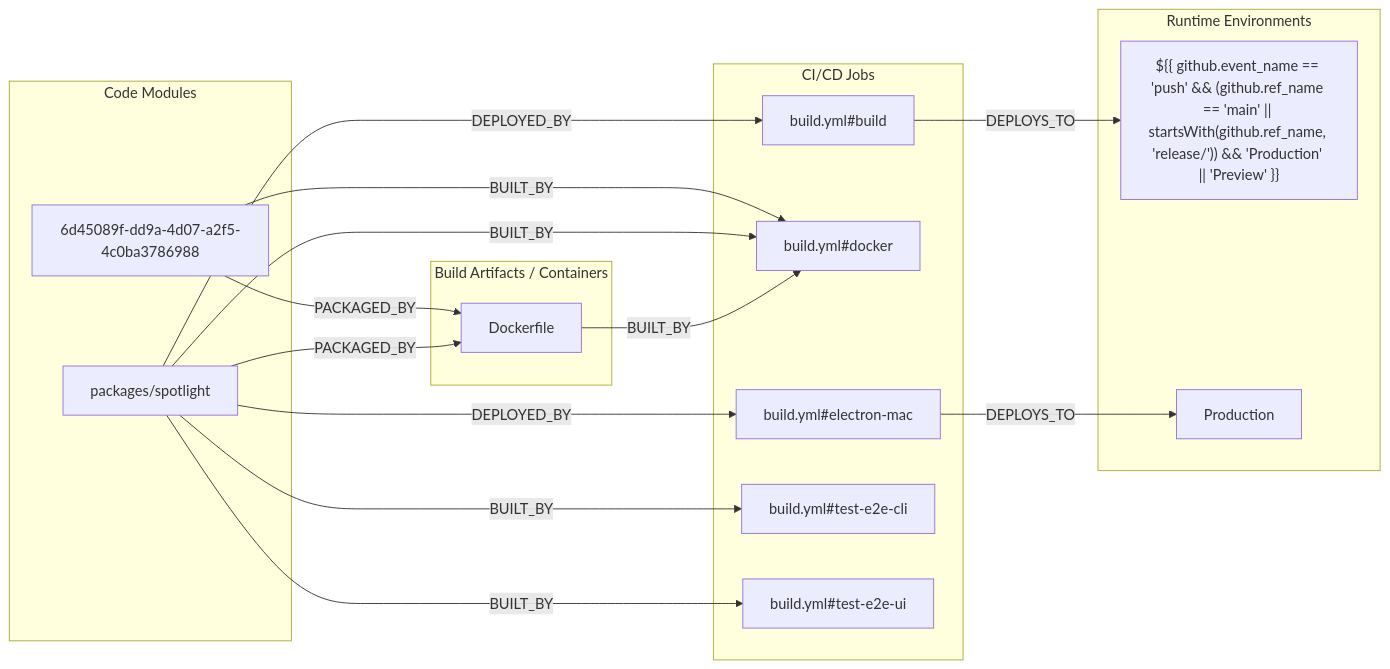
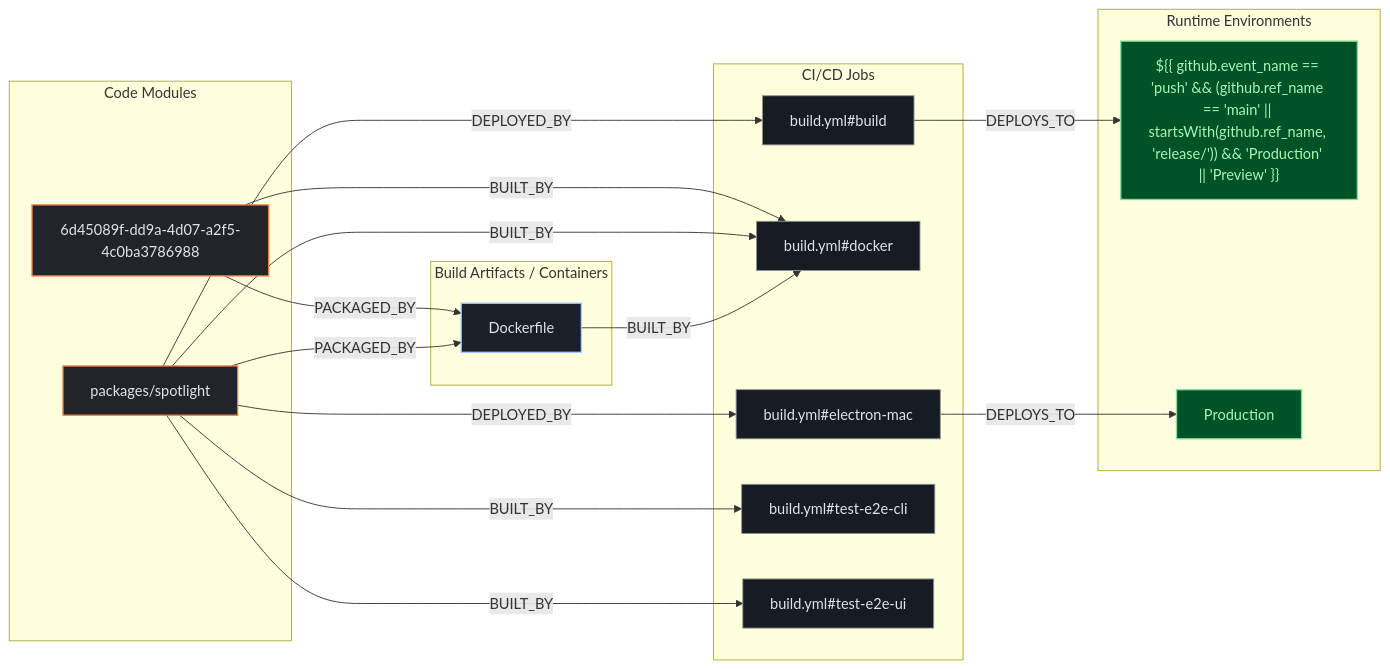
One commit to kumarshaz/atruss-code-atlas changed the second of 3 diagrams in exports/latest/reports/getsentry-spotlight-report.md. Above: the diagram before and after it, drawn with Mermaid. The commit also changed other lines of this file and 331 other files, not shown here.

Commit message:
docs,ui,fix: update SDLC docs, reorder CI/CD DAG first, stylize Mermaid, and fix Arc42 pipeline topology

````diff
--- a/exports/latest/reports/getsentry-spotlight-report.md
+++ b/exports/latest/reports/getsentry-spotlight-report.md
@@ -194,32 +201,36 @@
 ```mermaid
 flowchart LR
+    classDef atlasCategory fill:#212428,stroke:#E87A48,stroke-width:1.5px,color:#dfe3eb
+    classDef atlasWorkflow fill:#1b2026,stroke:#a3c9ff,stroke-width:1.5px,color:#dfe3eb
+    classDef atlasJob fill:#171c22,stroke:#8d9199,stroke-width:1px,color:#dfe3eb
+    classDef atlasTarget fill:#005227,stroke:#8bd99b,stroke-width:1.5px,color:#a7f6b6
     subgraph code_modules["Code Modules"]
-        mod_6d45089f_dd9a_4d07_a2f5_4c0ba3786988["6d45089f-dd9a-4d07-a2f5-4c0ba3786988"]
-        mod_packages_spotlight["packages/spotlight"]
+        mod_6d45089f_dd9a_4d07_a2f5_4c0ba3786988["6d45089f-dd9a-4d07-a2f5-4c0ba3786988"]:::atlasCategory
+        mod_packages_spotlight["packages/spotlight"]:::atlasCategory
     end
     subgraph build_artifacts["Build Artifacts / Containers"]
-        art_Dockerfile["Dockerfile"]
+        art_Dockerfile["Dockerfile"]:::atlasWorkflow
     end
     subgraph ci_jobs["CI/CD Jobs"]
-        job_build_yml_build["build.yml#build"]
-        job_build_yml_docker["build.yml#docker"]
-        job_build_yml_electron_mac["build.yml#electron-mac"]
-        job_build_yml_test_e2e_cli["build.yml#test-e2e-cli"]
-        job_build_yml_test_e2e_ui["build.yml#test-e2e-ui"]
+        job_build_yml_build["build.yml#build"]:::atlasJob
+        job_build_yml_docker["build.yml#docker"]:::atlasJob
+        job_build_yml_electron_mac["build.yml#electron-mac"]:::atlasJob
+        job_build_yml_test_e2e_cli["build.yml#test-e2e-cli"]:::atlasJob
+        job_build_yml_test_e2e_ui["build.yml#test-e2e-ui"]:::atlasJob
     end
     subgraph runtime_envs["Runtime Environments"]
-        env_____github_event_name_____push______github_ref_name_____main_____startsWith_github_ref_name___release_________Production______Preview____["${{ github.event_name == 'push' && (github.ref_name == 'main' || startsWith(github.ref_name, 'release/')) && 'Production' || 'Preview' }}"]
-        env_Production["Production"]
+        env_____github_event_name_____push______github_ref_name_____main_____startsWith_github_ref_name___release_________Production______Preview____["${{ github.event_name == 'push' && (github.ref_name == 'main' || startsWith(github.ref_name, 'release/')) && 'Production' || 'Preview' }}"]:::atlasTarget
+        env_Production["Production"]:::atlasTarget
     end
     job_build_yml_build -->|DEPLOYS_TO| env_____github_event_name_____push______github_ref_name_____main_____startsWith_github_ref_name___release_________Production______Preview____
     job_build_yml_electron_mac -->|DEPLOYS_TO| env_Production
     mod_6d45089f_dd9a_4d07_a2f5_4c0ba3786988 -->|BUILT_BY| job_build_yml_docker
     mod_6d45089f_dd9a_4d07_a2f5_4c0ba3786988 -->|PACKAGED_BY| art_Dockerfile
     mod_packages_spotlight -->|BUILT_BY| job_build_yml_docker
     mod_packages_spotlight -->|BUILT_BY| job_build_yml_test_e2e_cli
     mod_packages_spotlight -->|BUILT_BY| job_build_yml_test_e2e_ui
     mod_packages_spotlight -->|DEPLOYED_BY| job_build_yml_build
     mod_packages_spotlight -->|DEPLOYED_BY| job_build_yml_electron_mac
     mod_packages_spotlight -->|PACKAGED_BY| art_Dockerfile
     art_Dockerfile -->|BUILT_BY| job_build_yml_docker
 ```
````
